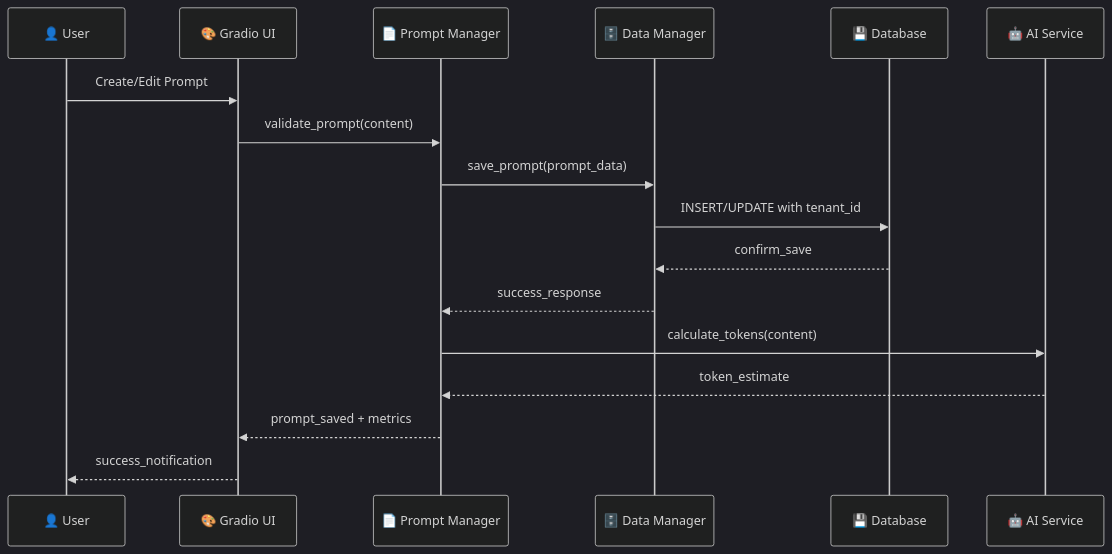
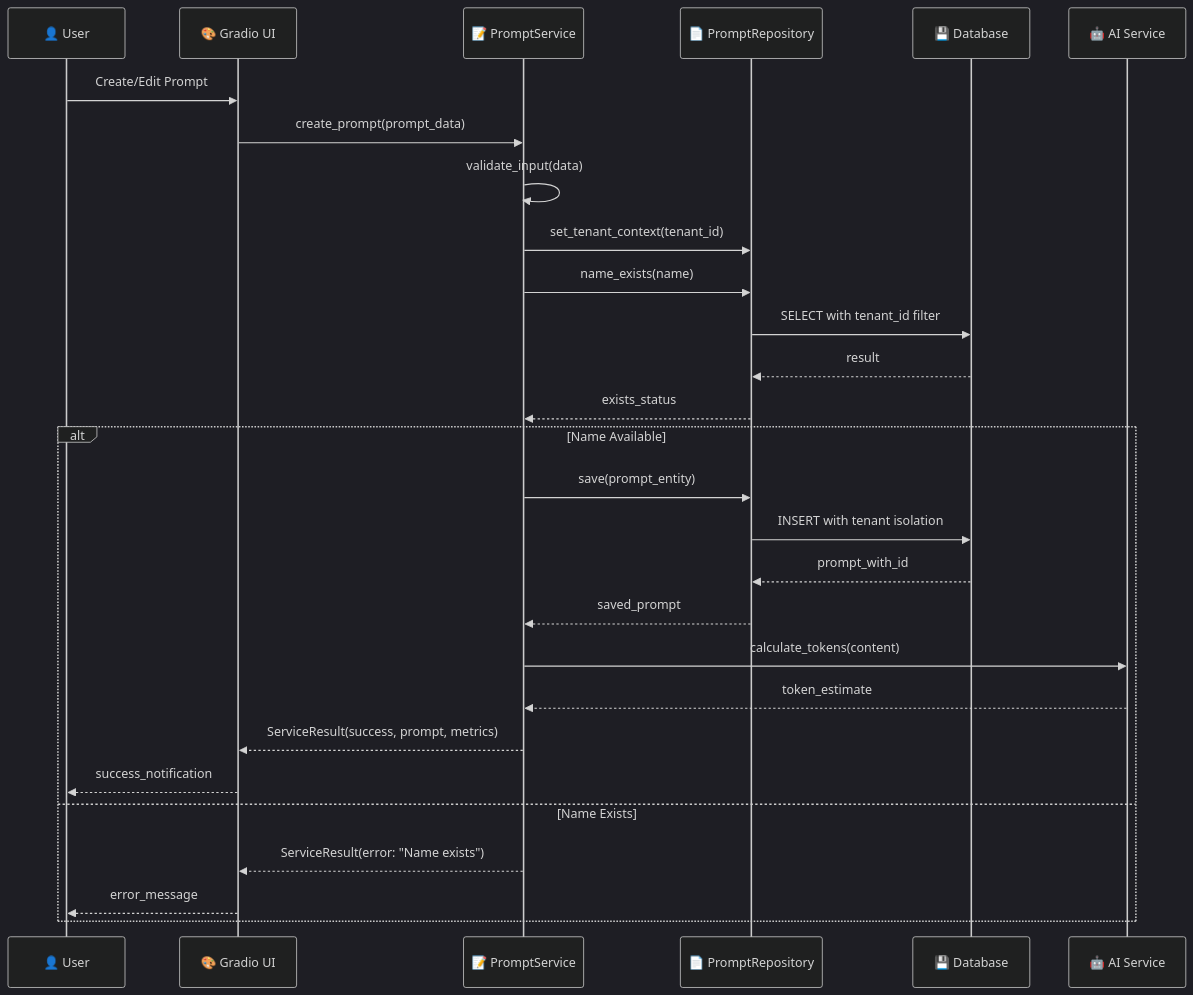
The third of 16 diagrams in ARCHITECTURE.md (MakerCorn/ai-prompt-manager), drawn with Mermaid (dark theme) before and after one commit. The commit also changed other lines of this file and 39 other files, not shown here.

````diff
--- a/ARCHITECTURE.md
+++ b/ARCHITECTURE.md
@@ -161,20 +232,33 @@
 ```mermaid
 sequenceDiagram
     participant U as 👤 User
     participant UI as 🎨 Gradio UI
-    participant PM as 📄 Prompt Manager
-    participant DM as 🗄️ Data Manager
+    participant PS as 📝 PromptService
+    participant PR as 📄 PromptRepository
     participant DB as 💾 Database
     participant AI as 🤖 AI Service
 
     U->>UI: Create/Edit Prompt
-    UI->>PM: validate_prompt(content)
-    PM->>DM: save_prompt(prompt_data)
-    DM->>DB: INSERT/UPDATE with tenant_id
-    DB-->>DM: confirm_save
-    DM-->>PM: success_response
-    PM->>AI: calculate_tokens(content)
-    AI-->>PM: token_estimate
-    PM-->>UI: prompt_saved + metrics
-    UI-->>U: success_notification
+    UI->>PS: create_prompt(prompt_data)
+    
+    PS->>PS: validate_input(data)
+    PS->>PR: set_tenant_context(tenant_id)
+    PS->>PR: name_exists(name)
+    PR->>DB: SELECT with tenant_id filter
+    DB-->>PR: result
+    PR-->>PS: exists_status
+    
+    alt Name Available
+        PS->>PR: save(prompt_entity)
+        PR->>DB: INSERT with tenant isolation
+        DB-->>PR: prompt_with_id
+        PR-->>PS: saved_prompt
+        PS->>AI: calculate_tokens(content)
+        AI-->>PS: token_estimate
+        PS-->>UI: ServiceResult(success, prompt, metrics)
+        UI-->>U: success_notification
+    else Name Exists
+        PS-->>UI: ServiceResult(error: "Name exists")
+        UI-->>U: error_message
+    end
 ```
````
